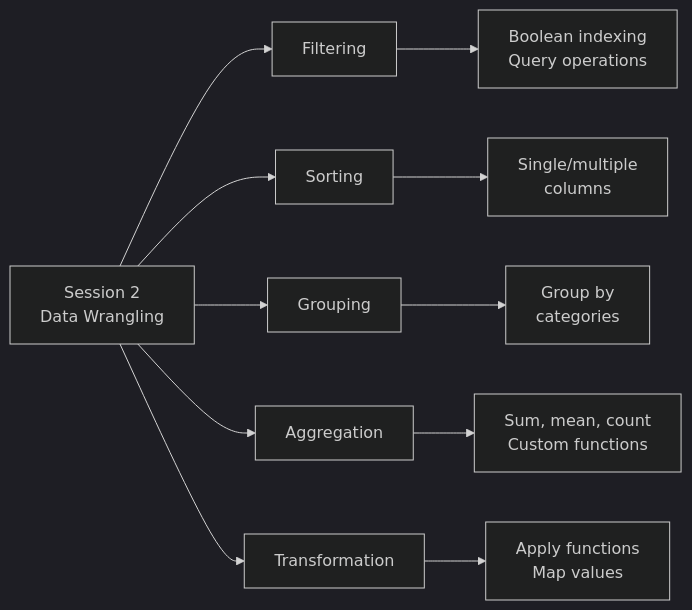
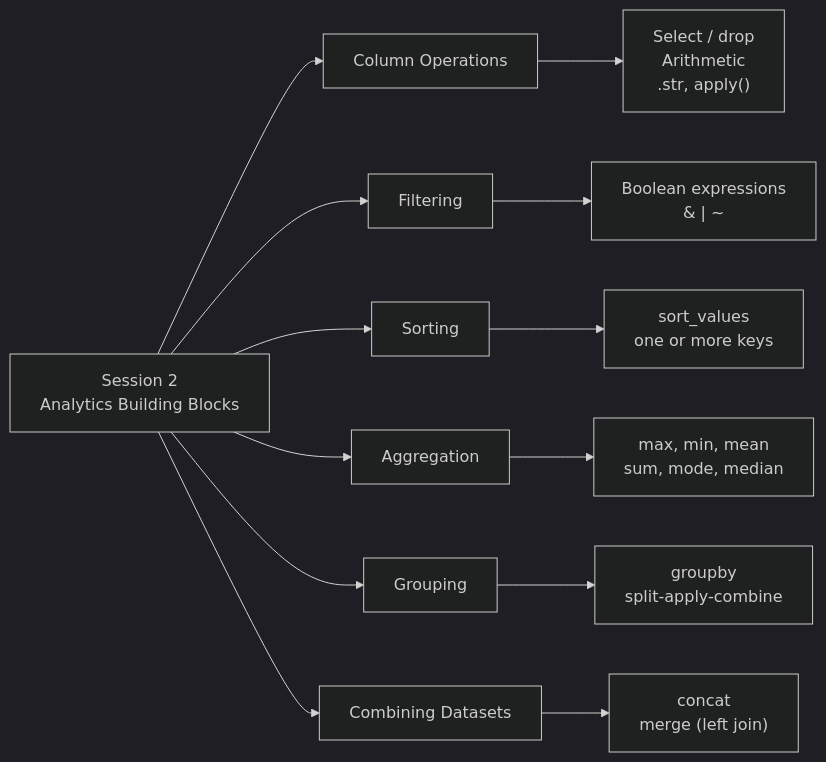
The third of 11 diagrams in module-bd/DOCUMENTATION.md (iportilla/CItraining), drawn with Mermaid (dark theme) before and after one commit. The commit also changed other lines of this file and 4 other files, not shown here.

````diff
--- a/module-bd/DOCUMENTATION.md
+++ b/module-bd/DOCUMENTATION.md
@@ -161,14 +277,16 @@
 ```mermaid
 graph LR
-    A["Session 2<br/>Data Wrangling"] --> B["Filtering"]
-    A --> C["Sorting"]
-    A --> D["Grouping"]
+    A["Session 2<br/>Analytics Building Blocks"] --> B["Column Operations"]
+    A --> C["Filtering"]
+    A --> D["Sorting"]
     A --> E["Aggregation"]
-    A --> F["Transformation"]
+    A --> F["Grouping"]
+    A --> G["Combining Datasets"]
     
-    B --> B1["Boolean indexing<br/>Query operations"]
-    C --> C1["Single/multiple<br/>columns"]
-    D --> D1["Group by<br/>categories"]
-    E --> E1["Sum, mean, count<br/>Custom functions"]
-    F --> F1["Apply functions<br/>Map values"]
+    B --> B1["Select / drop<br/>Arithmetic<br/>.str, apply()"]
+    C --> C1["Boolean expressions<br/>& | ~"]
+    D --> D1["sort_values<br/>one or more keys"]
+    E --> E1["max, min, mean<br/>sum, mode, median"]
+    F --> F1["groupby<br/>split-apply-combine"]
+    G --> G1["concat<br/>merge (left join)"]
 ```
````
